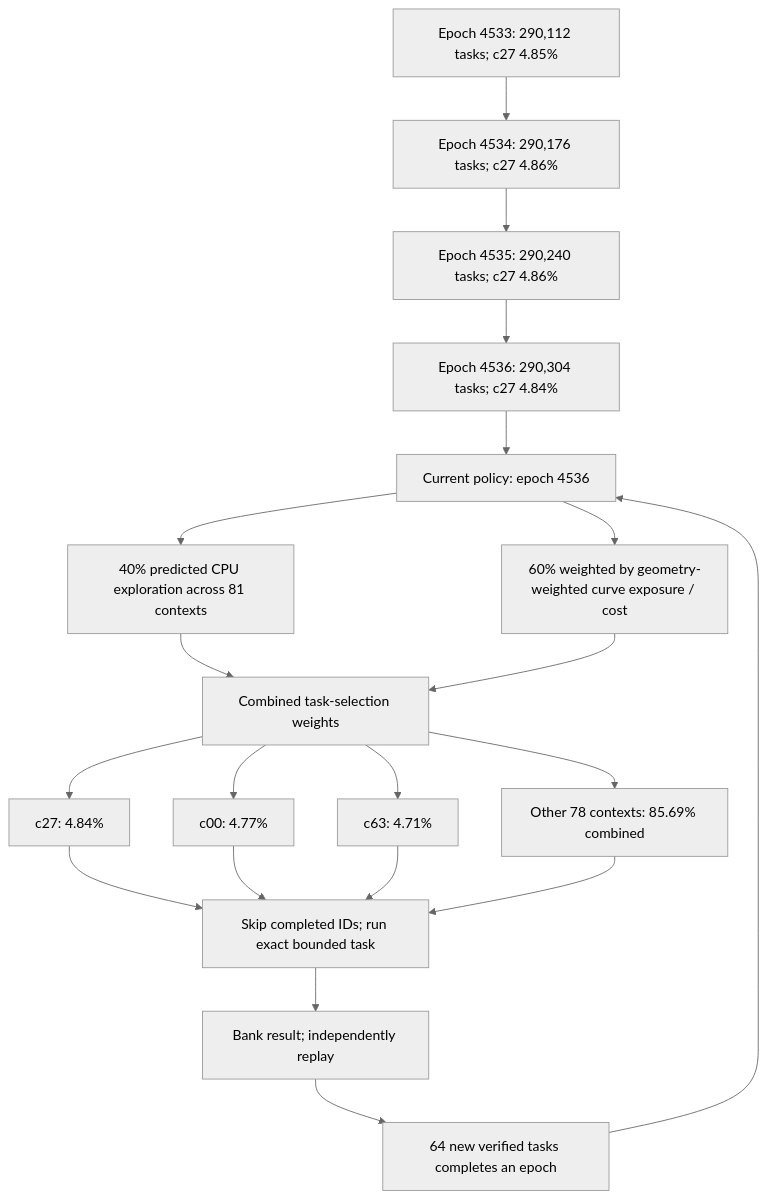
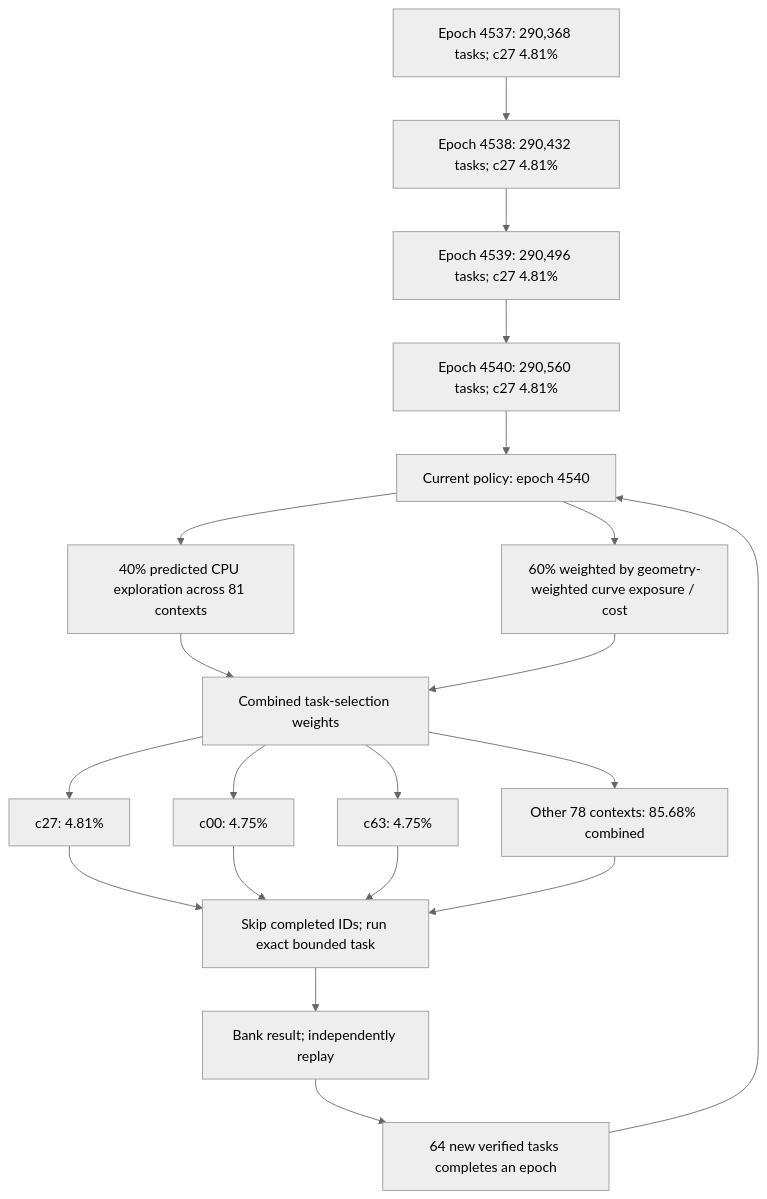
Before and after one commit to Kuberwastaken/math-gambling: the first of 3 diagrams in README.md, drawn with Mermaid (neutral theme). The commit also changed other lines of this file and 2068 other files, not shown here.

````diff
--- a/README.md
+++ b/README.md
@@ -60,27 +60,27 @@
 ```mermaid
 flowchart TD
-    H0["Epoch 4533: 290,112 tasks; c27 4.85%"]
-    H1["Epoch 4534: 290,176 tasks; c27 4.86%"]
+    H0["Epoch 4537: 290,368 tasks; c27 4.81%"]
+    H1["Epoch 4538: 290,432 tasks; c27 4.81%"]
     H0 --> H1
-    H2["Epoch 4535: 290,240 tasks; c27 4.86%"]
+    H2["Epoch 4539: 290,496 tasks; c27 4.81%"]
     H1 --> H2
-    H3["Epoch 4536: 290,304 tasks; c27 4.84%"]
+    H3["Epoch 4540: 290,560 tasks; c27 4.81%"]
     H2 --> H3
-    Policy["Current policy: epoch 4536"]
+    Policy["Current policy: epoch 4540"]
     H3 --> Policy
     Policy --> Explore["40% predicted CPU exploration across 81 contexts"]
     Policy --> Cost["60% weighted by geometry-weighted curve exposure / cost"]
     Explore --> Mix["Combined task-selection weights"]
     Cost --> Mix
-    Mix --> C0["c27: 4.84%"]
-    Mix --> C1["c00: 4.77%"]
-    Mix --> C2["c63: 4.71%"]
-    Mix --> Rest["Other 78 contexts: 85.69% combined"]
+    Mix --> C0["c27: 4.81%"]
+    Mix --> C1["c00: 4.75%"]
+    Mix --> C2["c63: 4.75%"]
+    Mix --> Rest["Other 78 contexts: 85.68% combined"]
     C0 --> Check["Skip completed IDs; run exact bounded task"]
     C1 --> Check
     C2 --> Check
     Rest --> Check
     Check --> Replay["Bank result; independently replay"]
     Replay --> Gate["64 new verified tasks completes an epoch"]
     Gate --> Policy
 ```
````
